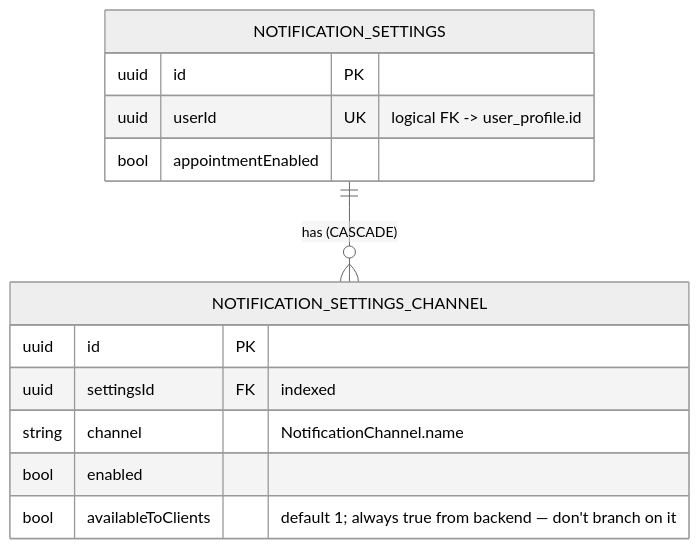
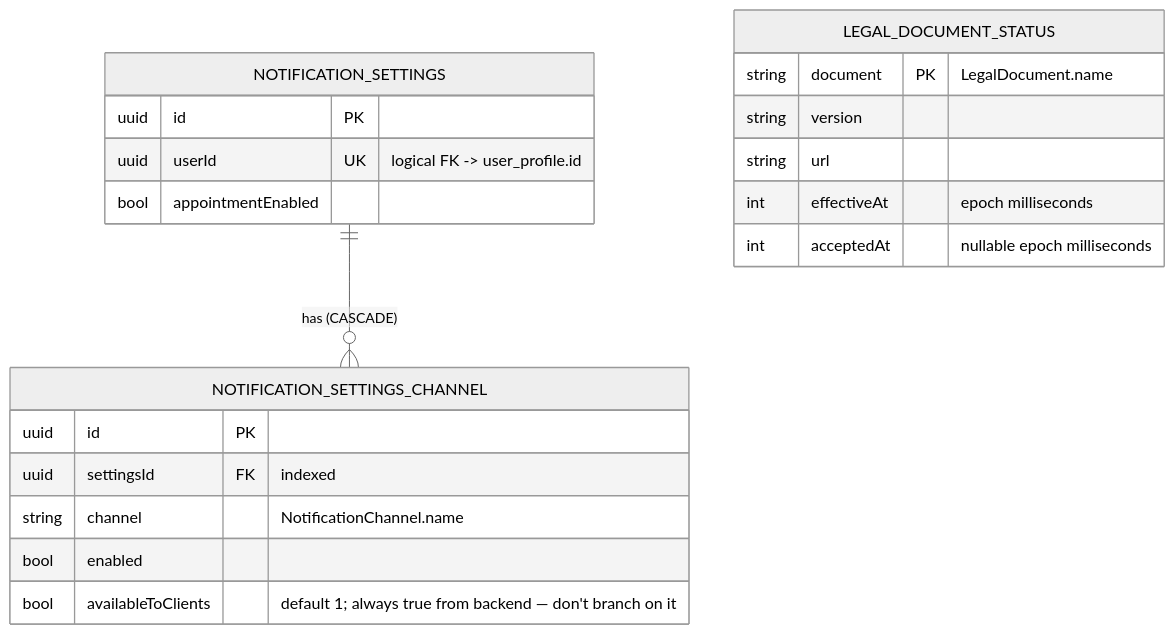
Before and after one commit to nocturneproperties/bookkme-client: the diagram in docs/database/settings.md, drawn with Mermaid (neutral theme). The commit also changed other lines of this file and 29 other files, not shown here.

````diff
--- a/docs/database/settings.md
+++ b/docs/database/settings.md
@@ -9,18 +19,26 @@
 ```mermaid
 erDiagram
     NOTIFICATION_SETTINGS ||--o{ NOTIFICATION_SETTINGS_CHANNEL : "has (CASCADE)"
+
+    LEGAL_DOCUMENT_STATUS {
+        string document PK "LegalDocument.name"
+        string version
+        string url
+        int effectiveAt "epoch milliseconds"
+        int acceptedAt "nullable epoch milliseconds"
+    }
 
     NOTIFICATION_SETTINGS {
         uuid id PK
         uuid userId UK "logical FK -> user_profile.id"
         bool appointmentEnabled
     }
 
     NOTIFICATION_SETTINGS_CHANNEL {
         uuid id PK
         uuid settingsId FK "indexed"
         string channel "NotificationChannel.name"
         bool enabled
         bool availableToClients "default 1; always true from backend — don't branch on it"
     }
 ```
````
